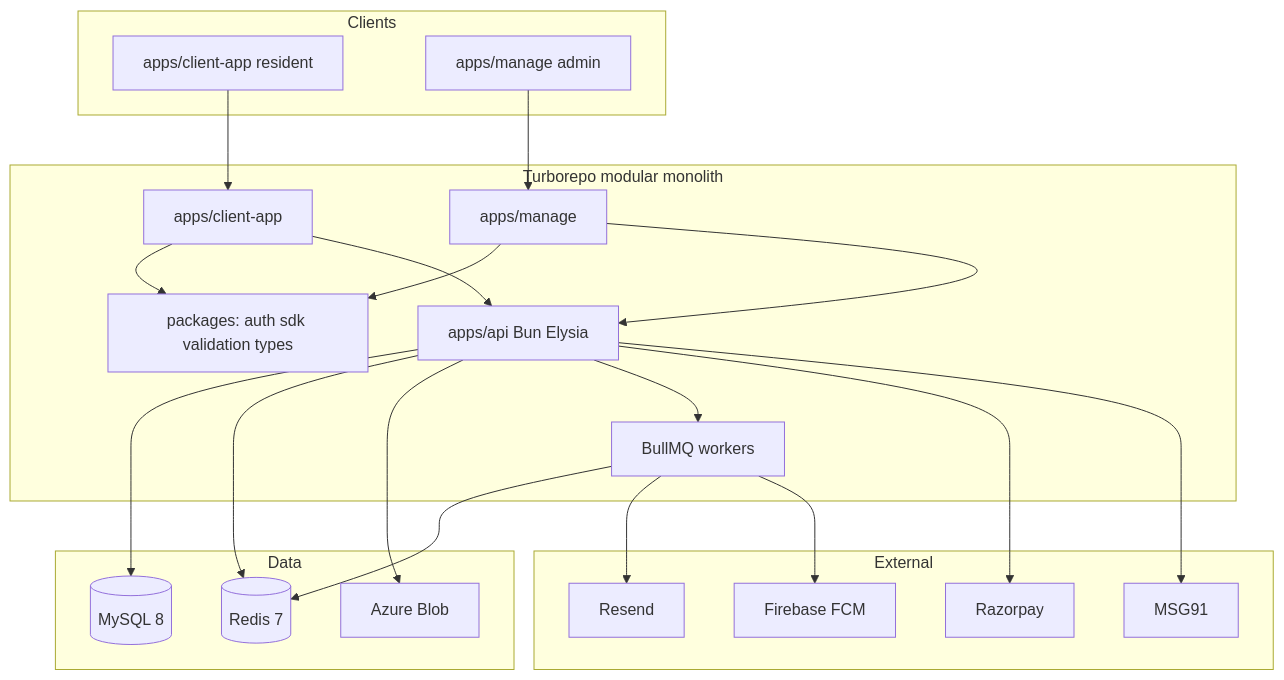
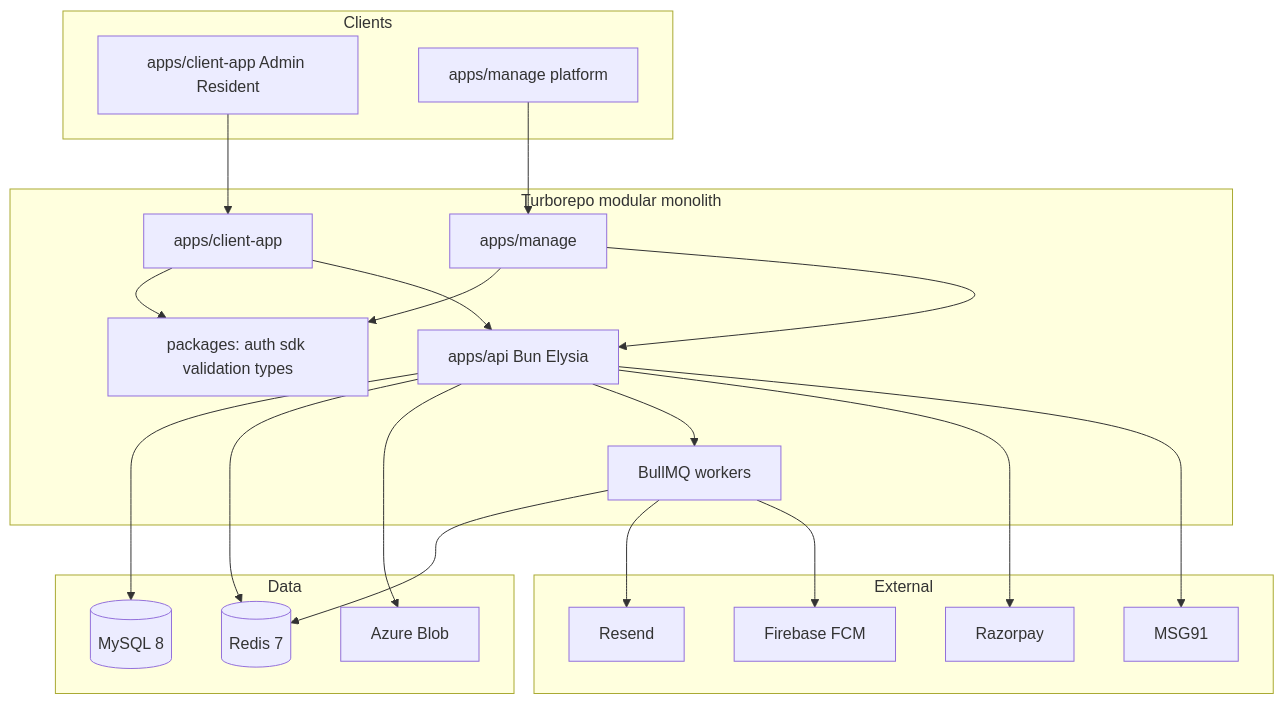
The first of 3 diagrams in docs/03-Architecture.md (engineersbay/society-hub), drawn with Mermaid before and after one commit. The commit also changed other lines of this file and 75 other files, not shown here.

First line of the commit message:
feat: split Manage vs Client App portals with quality gates and API docs

````diff
--- a/docs/03-Architecture.md
+++ b/docs/03-Architecture.md
@@ -37,44 +37,44 @@
 ```mermaid
 flowchart TB
   subgraph clients [Clients]
-    Web["apps/client-app resident"]
-    Manage["apps/manage admin"]
+    Web["apps/client-app Admin Resident"]
+    Manage["apps/manage platform"]
   end
 
   subgraph mono [Turborepo modular monolith]
     API["apps/api Bun Elysia"]
     Worker["BullMQ workers"]
     WEB["apps/client-app"]
     MANAGE["apps/manage"]
     Pkgs["packages: auth sdk validation types"]
   end
 
   subgraph data [Data]
     MySQL[(MySQL 8)]
     Redis[(Redis 7)]
     Blob[Azure Blob]
   end
 
   subgraph external [External]
     Razorpay[Razorpay]
     MSG91[MSG91]
     Resend[Resend]
     FCM[Firebase FCM]
   end
 
   Web --> WEB
   Manage --> MANAGE
   WEB --> Pkgs
   MANAGE --> Pkgs
   WEB --> API
   MANAGE --> API
   API --> MySQL
   API --> Redis
   API --> Blob
   API --> Worker
   Worker --> Redis
   Worker --> Resend
   Worker --> FCM
   API --> Razorpay
   API --> MSG91
 ```
````
